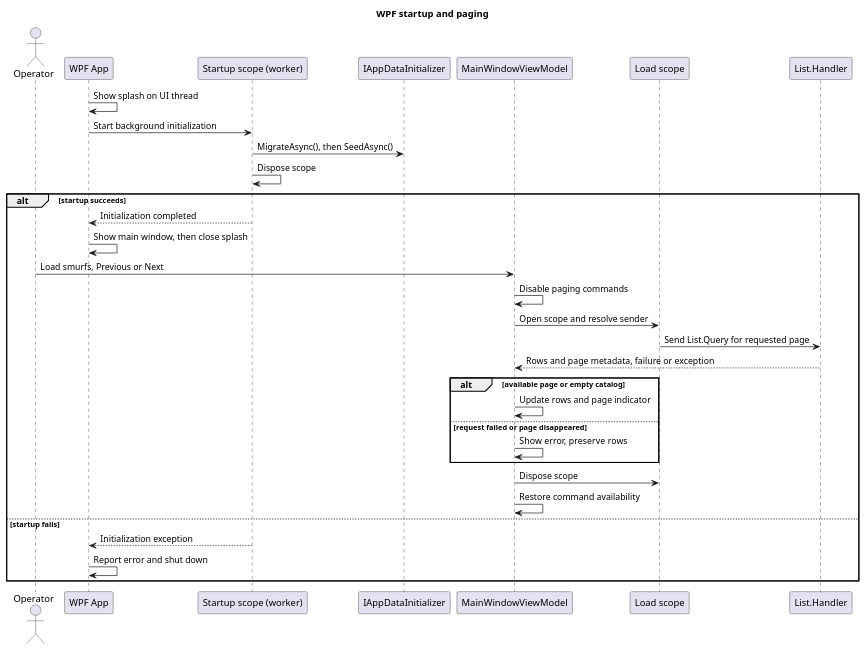
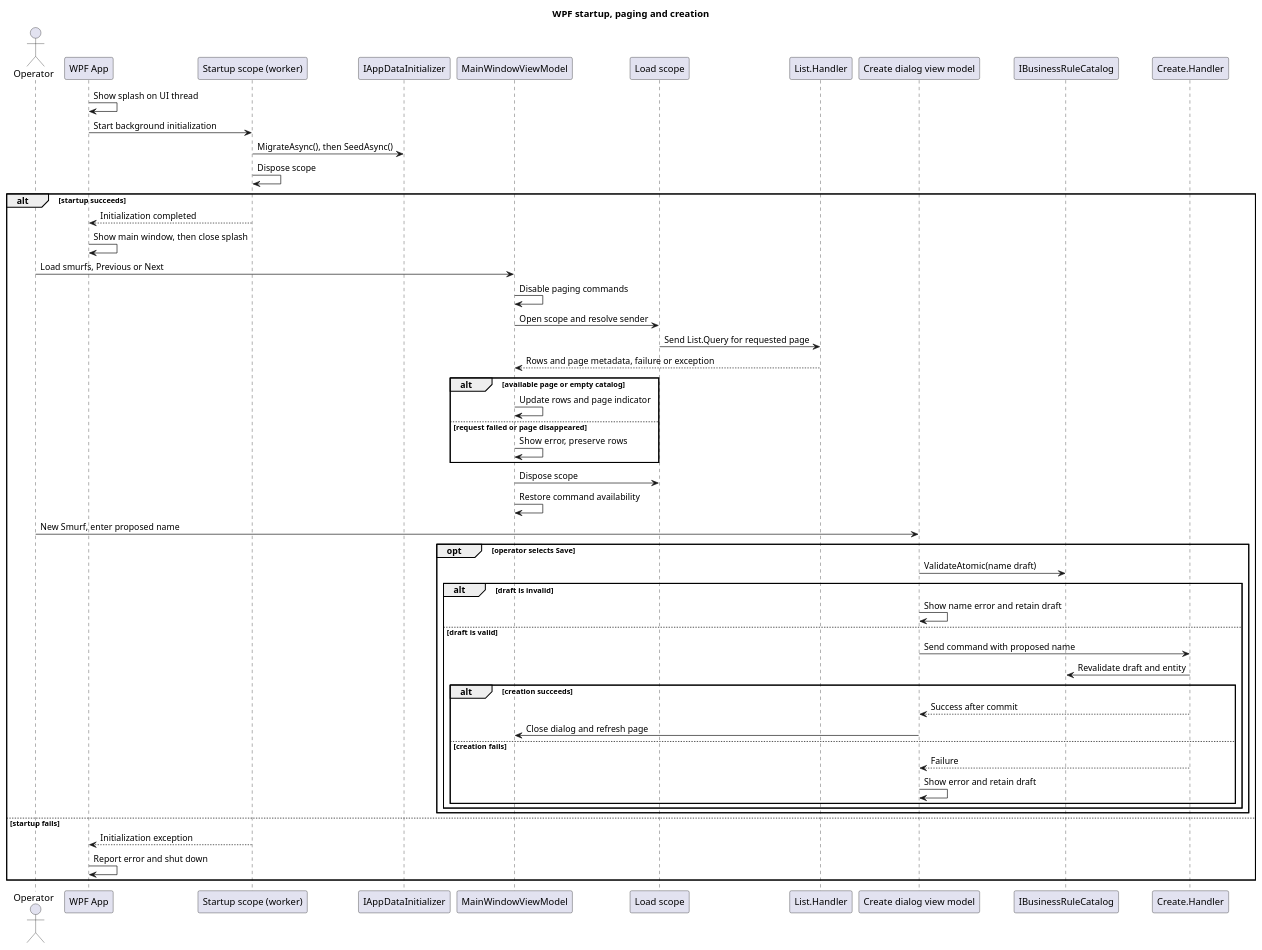
Before and after one commit to EbbeMeloSorensen/Smurfs: the diagram in docs/behavioral/diagrams/wpf-workflow.puml, drawn with PlantUML. The commit also changed 25 other files, not shown here.

Commit message:
create smurf in WPF app by Codex

```diff
--- a/docs/behavioral/diagrams/wpf-workflow.puml
+++ b/docs/behavioral/diagrams/wpf-workflow.puml
@@ -1,34 +1,54 @@
 @startuml
-title WPF startup and paging
+title WPF startup, paging and creation
 actor Operator
 participant "WPF App" as App
 participant "Startup scope (worker)" as Setup
 participant IAppDataInitializer as Initializer
 participant MainWindowViewModel as ViewModel
 participant "Load scope" as Load
 participant "List.Handler" as Handler
+participant "Create dialog view model" as Dialog
+participant IBusinessRuleCatalog as Catalog
+participant "Create.Handler" as Create
 
 App -> App : Show splash on UI thread
 App -> Setup : Start background initialization
 Setup -> Initializer : MigrateAsync(), then SeedAsync()
 Setup -> Setup : Dispose scope
 alt startup succeeds
   Setup --> App : Initialization completed
   App -> App : Show main window, then close splash
   Operator -> ViewModel : Load smurfs, Previous or Next
   ViewModel -> ViewModel : Disable paging commands
   ViewModel -> Load : Open scope and resolve sender
   Load -> Handler : Send List.Query for requested page
   Handler --> ViewModel : Rows and page metadata, failure or exception
   alt available page or empty catalog
     ViewModel -> ViewModel : Update rows and page indicator
   else request failed or page disappeared
     ViewModel -> ViewModel : Show error, preserve rows
   end
   ViewModel -> Load : Dispose scope
   ViewModel -> ViewModel : Restore command availability
+  Operator -> Dialog : New Smurf, enter proposed name
+  opt operator selects Save
+    Dialog -> Catalog : ValidateAtomic(name draft)
+    alt draft is invalid
+      Dialog -> Dialog : Show name error and retain draft
+    else draft is valid
+      Dialog -> Create : Send command with proposed name
+      Create -> Catalog : Revalidate draft and entity
+      alt creation succeeds
+        Create --> Dialog : Success after commit
+        Dialog -> ViewModel : Close dialog and refresh page
+      else creation fails
+        Create --> Dialog : Failure
+        Dialog -> Dialog : Show error and retain draft
+      end
+    end
+  end
 else startup fails
   Setup --> App : Initialization exception
   App -> App : Report error and shut down
 end
 @enduml
```
